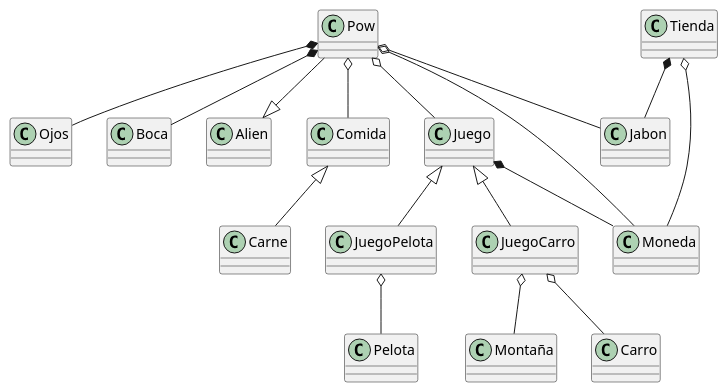
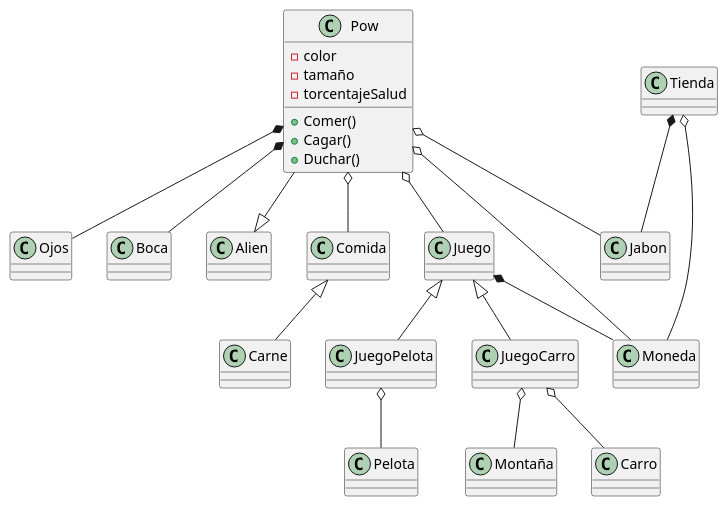
The diagram in docs/pow.puml (Eduardo-Lomeli/Hola-Mundo), drawn with PlantUML before and after one commit. The commit also changed 6 other files, not shown here.

```diff
--- a/docs/pow.puml
+++ b/docs/pow.puml
@@ -1,40 +1,48 @@
 @startuml Pow
 
 class Pow
+{
+    - color
+    - tamaño
+    - torcentajeSalud
+    + Comer()
+    + Cagar()
+    + Duchar()
+}
 class Juego
 class JuegoPelota
 class JuegoCarro
 class Carro
 class Moneda
 class Jabon
 class Ojos
 class Boca
 class Alien
 class Montaña
 Class Tienda
 class Comida
 
 
 Juego <|-- JuegoPelota
 Pow --|> Alien
 Juego <|-- JuegoCarro
 Comida <|-- Carne
 
 
 Juego *-- Moneda
 Pow *-- Ojos
 Pow *-- Boca
 Tienda *-- Jabon
 
 Pow o-- Jabon
 Pow o-- Moneda
 JuegoCarro o-- Montaña
 Tienda o-- Moneda
 JuegoCarro o-- Carro
 JuegoPelota o-- Pelota
 Pow o-- Juego
 Pow o-- Comida
 
 
 
 @enduml
```
